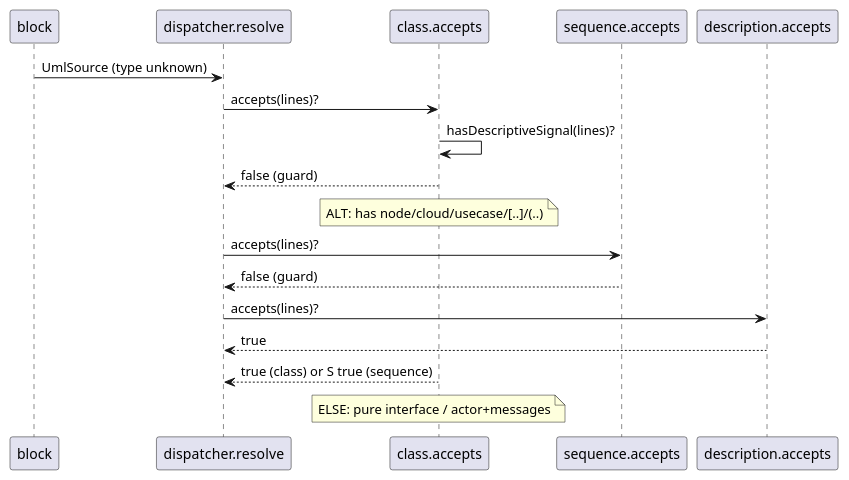
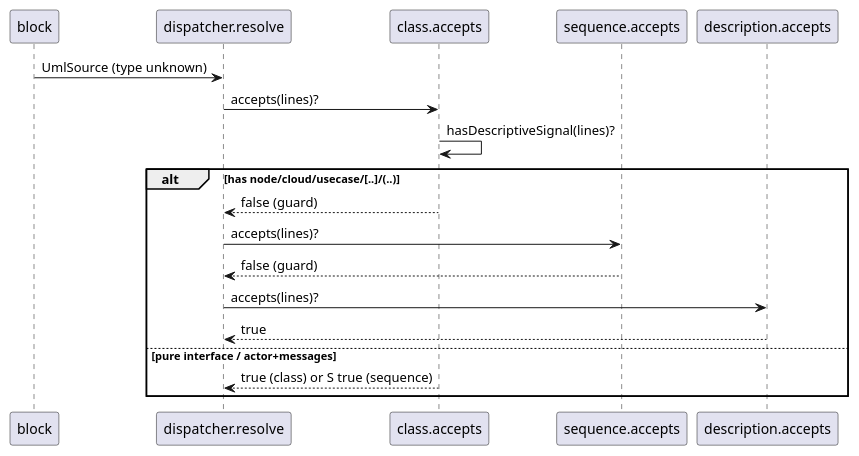
One commit to knowvah/plantuml-ts changed the first of 2 diagrams in plans/consolidate-description-engine/diagrams/data-flow.md. Above: the diagram before and after it, drawn with PlantUML. The commit also changed 13 other files, not shown here.

First line of the commit message:
docs: restore real alt/else/loop grouping in the converted diagrams

````diff
--- a/plans/consolidate-description-engine/diagrams/data-flow.md
+++ b/plans/consolidate-description-engine/diagrams/data-flow.md
@@ -5,23 +5,21 @@
 ```plantuml
 @startuml
-' NOTE: mermaid grouping flattened -- alt/opt/loop/group render the whole
-' diagram EMPTY in plantuml-ts today (.agent-notes/plantuml-sequence-group-empty.md).
-' Original nesting: alt has node/cloud/usecase/[..]/(..) ; else pure interface / actor+messages
 participant "block" as B
 participant "dispatcher.resolve" as R
 participant "class.accepts" as C
 participant "sequence.accepts" as S
 participant "description.accepts" as D
 B -> R : UmlSource (type unknown)
 R -> C : accepts(lines)?
 C -> C : hasDescriptiveSignal(lines)?
-C --> R : false (guard)
-note over C : ALT: has node/cloud/usecase/[..]/(..)
-R -> S : accepts(lines)?
-S --> R : false (guard)
-R -> D : accepts(lines)?
-D --> R : true
-C --> R : true (class) or S true (sequence)
-note over C : ELSE: pure interface / actor+messages
+alt has node/cloud/usecase/[..]/(..)
+  C --> R : false (guard)
+  R -> S : accepts(lines)?
+  S --> R : false (guard)
+  R -> D : accepts(lines)?
+  D --> R : true
+else pure interface / actor+messages
+  C --> R : true (class) or S true (sequence)
+end
 @enduml
 ```
````
